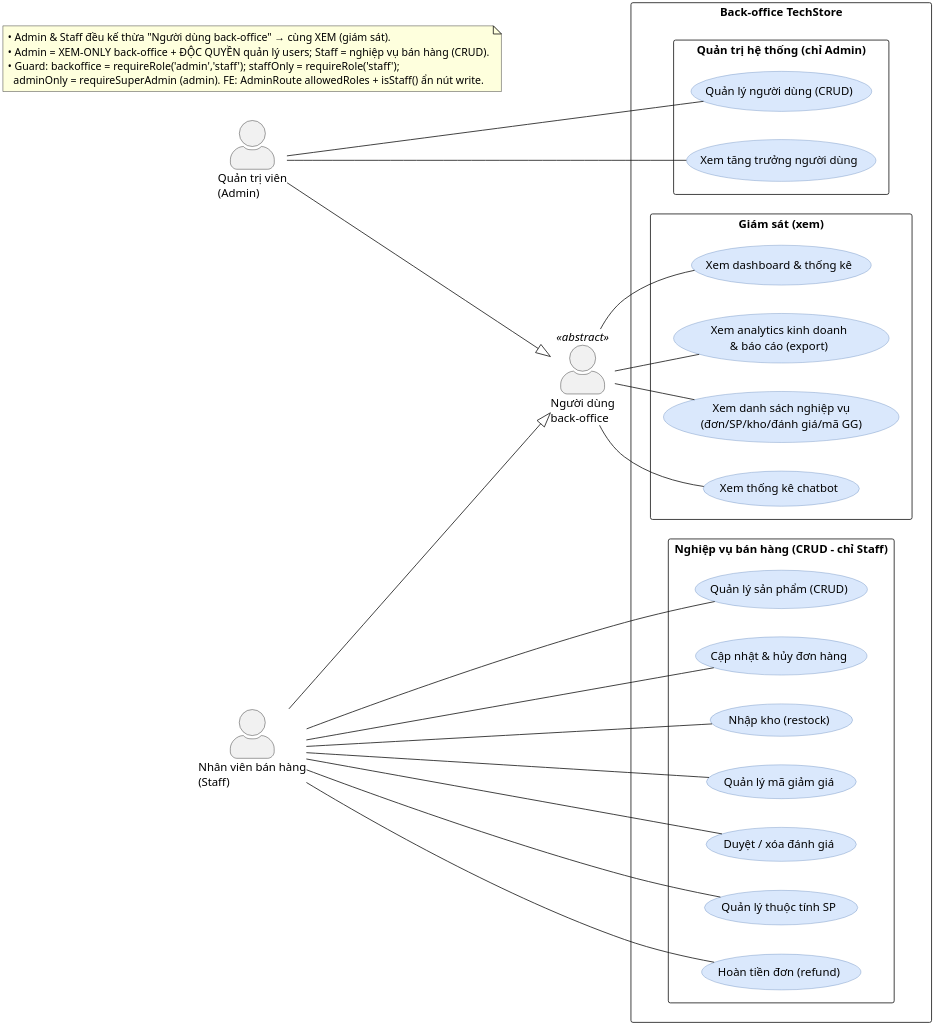
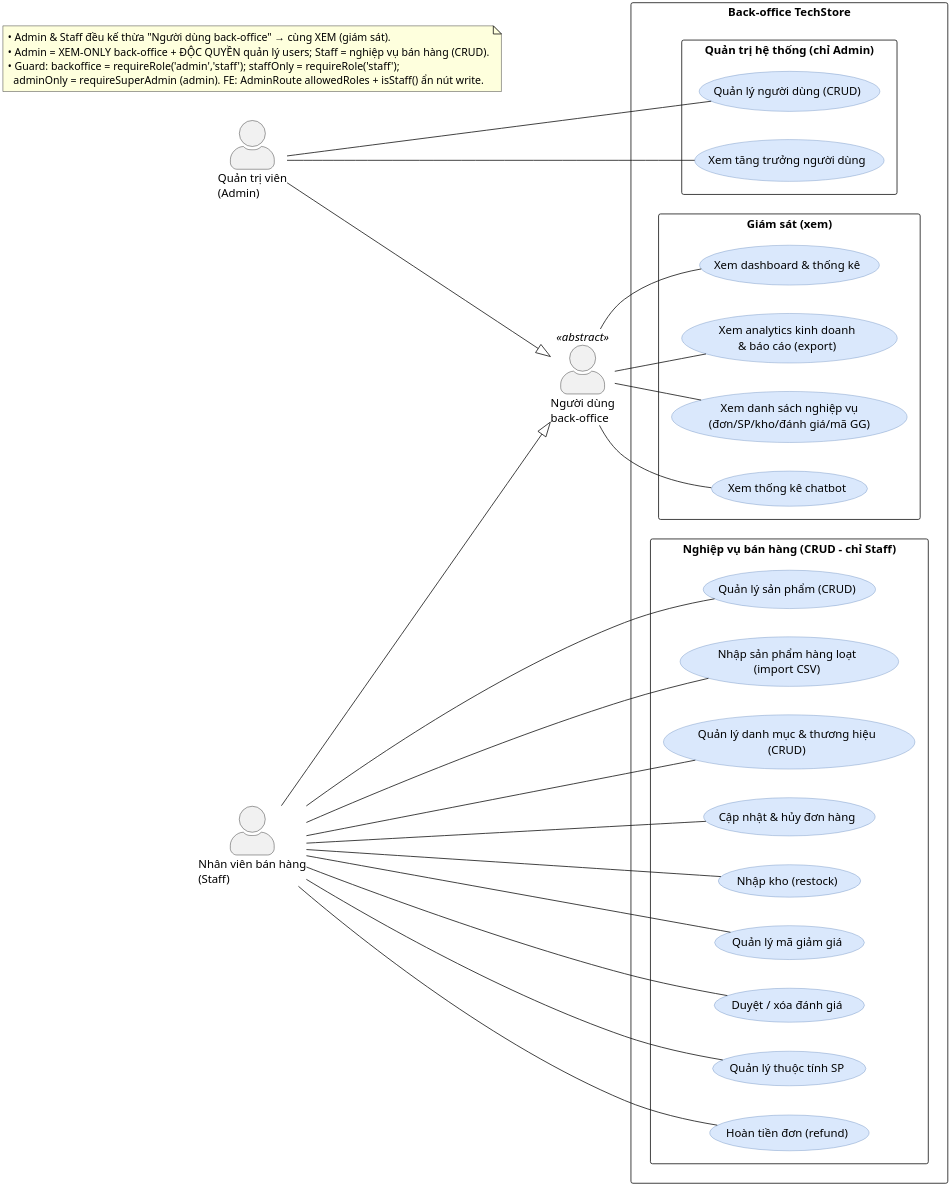
The diagram in diagrams/usecase/usecase-03-overview-admin.puml (MinhThang1009/E-commerce-website), drawn with PlantUML before and after one commit. The commit also changed 10 other files, not shown here.

First line of the commit message:
docs(diagram): vẽ lại + ký GATE-D state-01-order, uc-02, uc-03

```diff
--- a/diagrams/usecase/usecase-03-overview-admin.puml
+++ b/diagrams/usecase/usecase-03-overview-admin.puml
@@ -1,75 +1,83 @@
 @startuml usecase-03-overview-admin
 ' Sơ đồ use case — Back-office (Staff + Admin) — tổng quát, chuẩn ký pháp UML
 ' Ground-truth: RBAC §0 (CLAUDE.md) + admin/routes.js guard (adminOnly/staffOnly/backoffice) + cross-module staff writes.
 '   backoffice (admin+staff XEM): dashboard, analytics/*, reports/export, list (đơn/SP/kho/review/discount), chatbot/stats
 '   staffOnly (CRUD nghiệp vụ): products, orders status+cancel, inventory restock, discount, reviews verify/delete,
 '                               catalog write, payment refund, attribute
+'   ⚠️ Danh mục & thương hiệu CRUD nằm ở catalog/routes.js (POST/PUT/DELETE /api/categories|/api/brands
+'      guard authenticate+authorize('staff')) — KHÔNG ở admin module; sản phẩm CRUD có ở CẢ catalog & admin.
+'   ⚠️ Import sản phẩm hàng loạt = staffOnly (admin/routes.js:167 import-template + :168 import). Export = backoffice
+'      (GET /admin/products|reports/export) → đã gộp vào UC "analytics & báo cáo (export)", KHÔNG tách UC riêng.
 '   adminOnly (độc quyền): users CRUD, analytics/user-growth
 ' Mô hình hóa: Admin & Staff KẾ THỪA actor "Người dùng back-office" → cùng quyền XEM (giám sát);
 '   mỗi vai thêm quyền riêng (Admin = users; Staff = CRUD nghiệp vụ). Admin = XEM-ONLY back-office.
 left to right direction
 skinparam dpi 300
 skinparam backgroundColor #FFFFFF
 skinparam shadowing false
 skinparam packageStyle rectangle
 skinparam usecase {
   BackgroundColor #DAE8FC
   BorderColor #6C8EBF
 }
 skinparam actorStyle awesome
 
 actor "Người dùng\nback-office" as bo <<abstract>>
 actor "Quản trị viên\n(Admin)" as admin
 actor "Nhân viên bán hàng\n(Staff)" as staff
 
 admin --|> bo
 staff --|> bo
 
 rectangle "Back-office TechStore" {
   package "Giám sát (xem)" {
     usecase "Xem dashboard & thống kê" as UC_dash
     usecase "Xem analytics kinh doanh\n& báo cáo (export)" as UC_analytics
     usecase "Xem danh sách nghiệp vụ\n(đơn/SP/kho/đánh giá/mã GG)" as UC_list
     usecase "Xem thống kê chatbot" as UC_chatstat
   }
   package "Quản trị hệ thống (chỉ Admin)" {
     usecase "Quản lý người dùng (CRUD)" as UC_user
     usecase "Xem tăng trưởng người dùng" as UC_growth
   }
   package "Nghiệp vụ bán hàng (CRUD - chỉ Staff)" {
     usecase "Quản lý sản phẩm (CRUD)" as UC_product
+    usecase "Nhập sản phẩm hàng loạt\n(import CSV)" as UC_import
+    usecase "Quản lý danh mục & thương hiệu\n(CRUD)" as UC_catalog
     usecase "Cập nhật & hủy đơn hàng" as UC_order
     usecase "Nhập kho (restock)" as UC_stock
     usecase "Quản lý mã giảm giá" as UC_discount
     usecase "Duyệt / xóa đánh giá" as UC_review
     usecase "Quản lý thuộc tính SP" as UC_attr
     usecase "Hoàn tiền đơn (refund)" as UC_refund
   }
 }
 
 ' Quyền XEM dùng chung → nối actor cha (Admin & Staff kế thừa)
 bo -- UC_dash
 bo -- UC_analytics
 bo -- UC_list
 bo -- UC_chatstat
 
 ' Admin độc quyền
 admin -- UC_user
 admin -- UC_growth
 
 ' Staff độc quyền (nghiệp vụ bán hàng)
 staff -- UC_product
+staff -- UC_import
+staff -- UC_catalog
 staff -- UC_order
 staff -- UC_stock
 staff -- UC_discount
 staff -- UC_review
 staff -- UC_attr
 staff -- UC_refund
 
 note as N1
   • Admin & Staff đều kế thừa "Người dùng back-office" → cùng XEM (giám sát).
   • Admin = XEM-ONLY back-office + ĐỘC QUYỀN quản lý users; Staff = nghiệp vụ bán hàng (CRUD).
   • Guard: backoffice = requireRole('admin','staff'); staffOnly = requireRole('staff');
     adminOnly = requireSuperAdmin (admin). FE: AdminRoute allowedRoles + isStaff() ẩn nút write.
 end note
 @enduml
```
